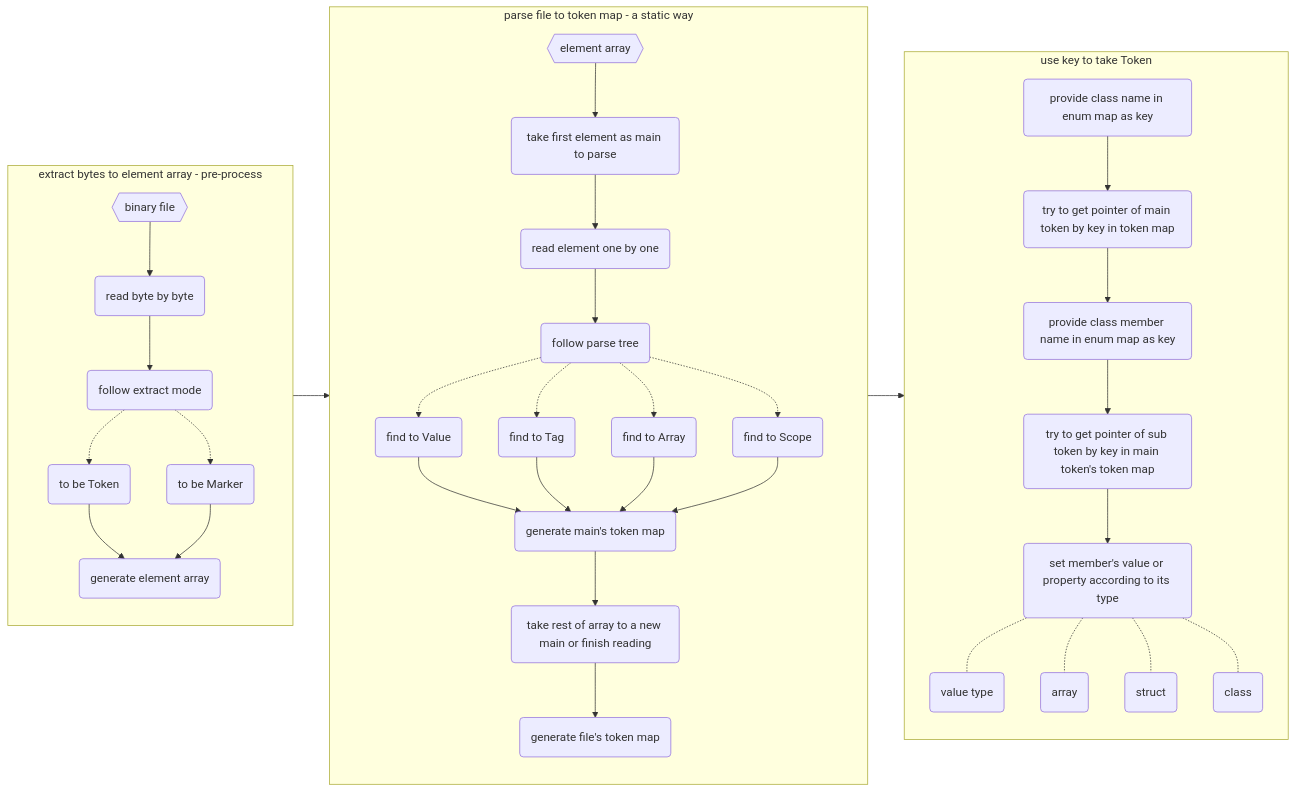
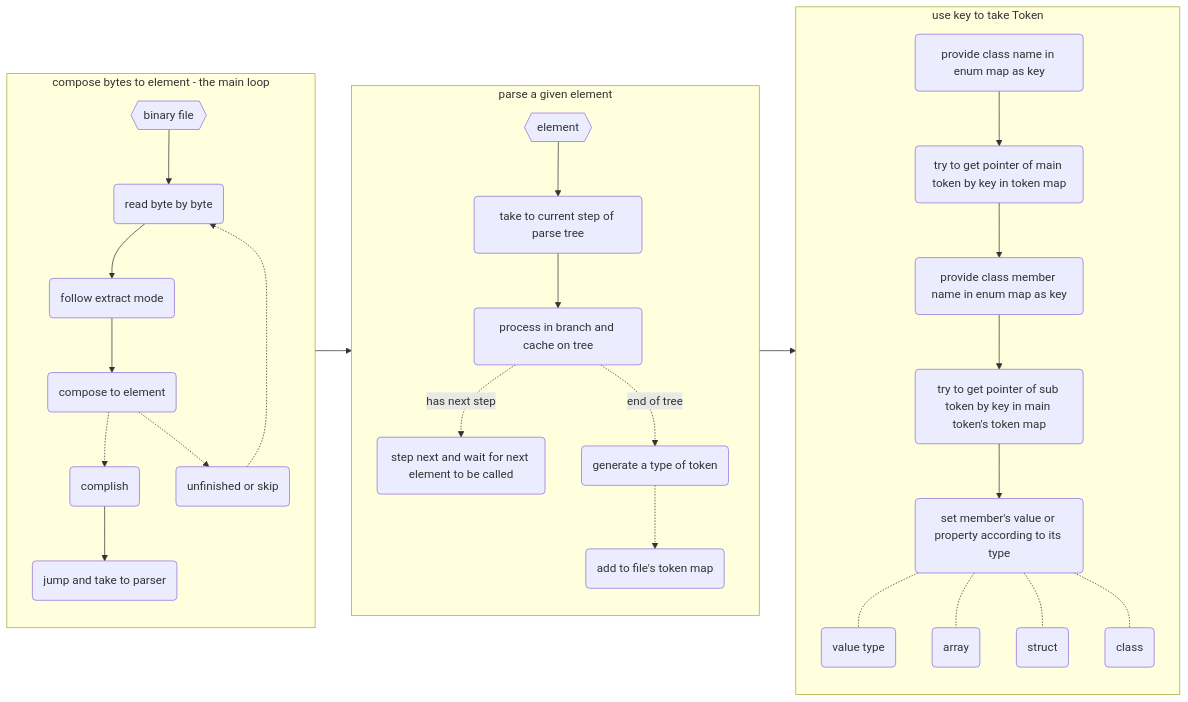
Before and after one commit to Supheria/FocusTree: the first of 5 diagrams in modding analysis/parser build/_parser/tokenize_process.md, drawn with Mermaid. The commit also changed other lines of this file and 1 other file, not shown here.

Commit message:
新的思路，文件读取时 parse

````diff
--- a/modding analysis/parser build/_parser/tokenize_process.md
+++ b/modding analysis/parser build/_parser/tokenize_process.md
@@ -1,48 +1,38 @@
 ``` mermaid
 graph LR
-	subgraph preprocess[extract bytes to element array - pre-process ]
+	subgraph composeBytes[compose bytes to element - the main loop ]
 		direction TB
 		file{{binary file}}
 			--> readfile(read byte by byte)
 			--> usetable(follow extract mode)
-			-.-> Marker(to be Marker)
-		usetable 
-			-.-> Token(to be Token)
-			--> genarray(generate element array)
-		Marker --> genarray 
+			--> compose(compose to element)
+			-.-> cmpdone(complish)
+			--> takeparser(jump and take to parser)
+		compose
+			-.-> cmpundone(unfinished or skip)
+			-.-> readfile
 	end
-	subgraph process[parse file to token map - a static way]
+	subgraph parse[parse a given element]
 		direction TB
-		elearray{{element array}}
-			--> readarray(take first element as main to parse)
-			--> parser(read element one by one)
-			--> usetree(follow parse tree)
-			-.-> value(find to Value)
-			--> genmap(generate Token map)
-		usetree
-        	-.-> tag(find to Tag)
-        	--> genmap(generate Token map)
-		usetree 
-			-.-> array(find to Array)
-			--> genmap(generate Token map)
-		usetree 
-			-.-> scope(find to Scope)
-			--> genmap(generate main's token map)
-			--> nextmain(take rest of array to a new main or finish reading)
-			--> genfilemap(generate file's token map)
+		element{{element}}
+			--> usetree(take to current step of parse tree)
+			--> tokenize(process in branch and cache on tree)
+			-.-> |has next step| treenext(step next and wait for next element to be called)
+		tokenize -.-> |end of tree| endtree(generate a type of token)
+			-.-> addtomap(add to file's token map)
 	end
 	subgraph setclass[use key to take Token]
 		direction TB
 		providekey(provide class name in enum map as key)
 			--> getvalue(try to get pointer of main token by key in token map)
 			--> providemember(provide class member name in enum map as key)
 			--> getmember(try to get pointer of sub token by key in main token's token map)
 			--> setmember(set member's value or property according to its type)
 			-.- memtype.value(value type)
 		setmember -.- memtype.array(array)
 		setmember -.- memtype.struct(struct)
 		setmember -.- memtype.cla(class)
 	end
-	preprocess --> process
-	process --> setclass
+	composeBytes --> parse  --> setclass
+	
 ```
````
